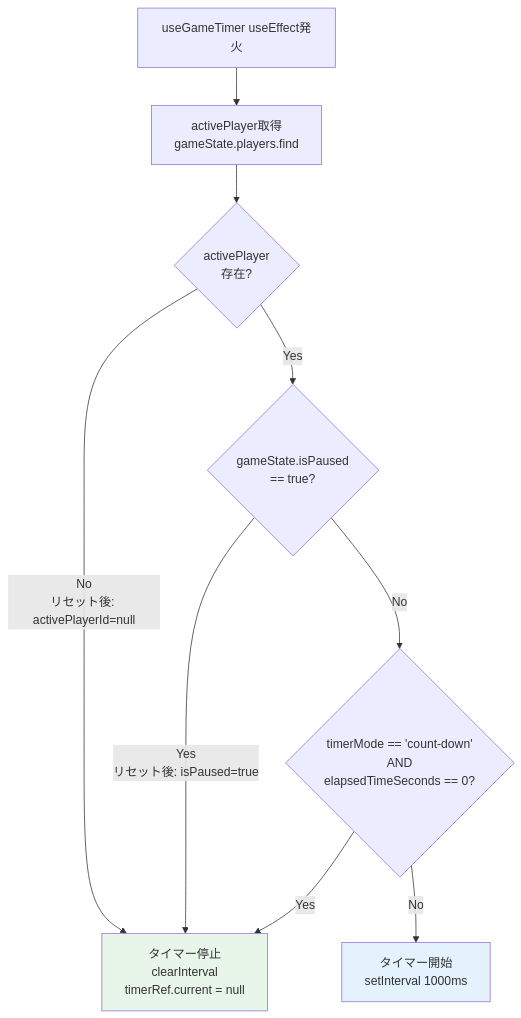
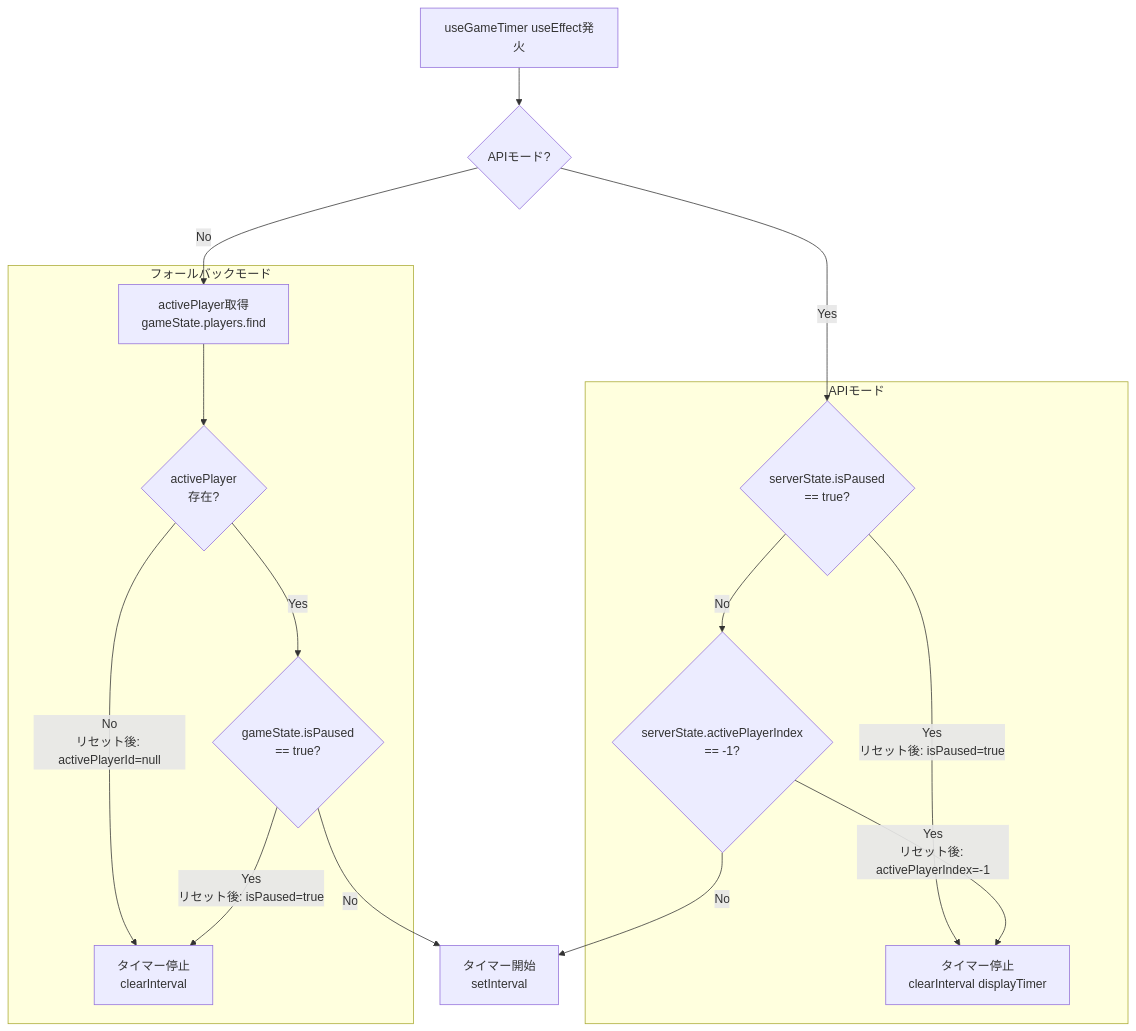
The fourth of 5 diagrams in .kiro/specs/reset-button-fix/design.md (Jillrinn/tickTackFour), drawn with Mermaid before and after one commit. The commit also changed other lines of this file and 1 other file, not shown here.

````diff
--- a/.kiro/specs/reset-button-fix/design.md
+++ b/.kiro/specs/reset-button-fix/design.md
@@ -163,22 +231,34 @@
 ```mermaid
 flowchart TD
     Start[useGameTimer useEffect発火]
-    GetActivePlayer[activePlayer取得<br/>gameState.players.find]
-    CheckActivePlayer{activePlayer<br/>存在?}
-    CheckPaused{gameState.isPaused<br/>== true?}
-    CheckCountDown{timerMode == 'count-down'<br/>AND<br/>elapsedTimeSeconds == 0?}
-    StopTimer[タイマー停止<br/>clearInterval<br/>timerRef.current = null]
-    StartTimer[タイマー開始<br/>setInterval 1000ms]
+    CheckMode{APIモード?}
 
-    Start --> GetActivePlayer
+    subgraph FallbackMode ["フォールバックモード"]
+        GetActivePlayer[activePlayer取得<br/>gameState.players.find]
+        CheckActivePlayer{activePlayer<br/>存在?}
+        CheckPaused{gameState.isPaused<br/>== true?}
+        StopTimer1[タイマー停止<br/>clearInterval]
+    end
+
+    subgraph APIMode ["APIモード"]
+        CheckServerPaused{serverState.isPaused<br/>== true?}
+        CheckServerActive{serverState.activePlayerIndex<br/>== -1?}
+        StopTimer2[タイマー停止<br/>clearInterval displayTimer]
+    end
+
+    StartTimer[タイマー開始<br/>setInterval]
+
+    Start --> CheckMode
+    CheckMode -->|No| GetActivePlayer
     GetActivePlayer --> CheckActivePlayer
-    CheckActivePlayer -->|No<br/>リセット後: activePlayerId=null| StopTimer
+    CheckActivePlayer -->|No<br/>リセット後: activePlayerId=null| StopTimer1
     CheckActivePlayer -->|Yes| CheckPaused
-    CheckPaused -->|Yes<br/>リセット後: isPaused=true| StopTimer
-    CheckPaused -->|No| CheckCountDown
-    CheckCountDown -->|Yes| StopTimer
-    CheckCountDown -->|No| StartTimer
+    CheckPaused -->|Yes<br/>リセット後: isPaused=true| StopTimer1
+    CheckPaused -->|No| StartTimer
 
-    style StopTimer fill:#e8f5e9
-    style StartTimer fill:#e3f2fd
+    CheckMode -->|Yes| CheckServerPaused
+    CheckServerPaused -->|Yes<br/>リセット後: isPaused=true| StopTimer2
+    CheckServerPaused -->|No| CheckServerActive
+    CheckServerActive -->|Yes<br/>リセット後: activePlayerIndex=-1| StopTimer2
+    CheckServerActive -->|No| StartTimer
 ```
````
